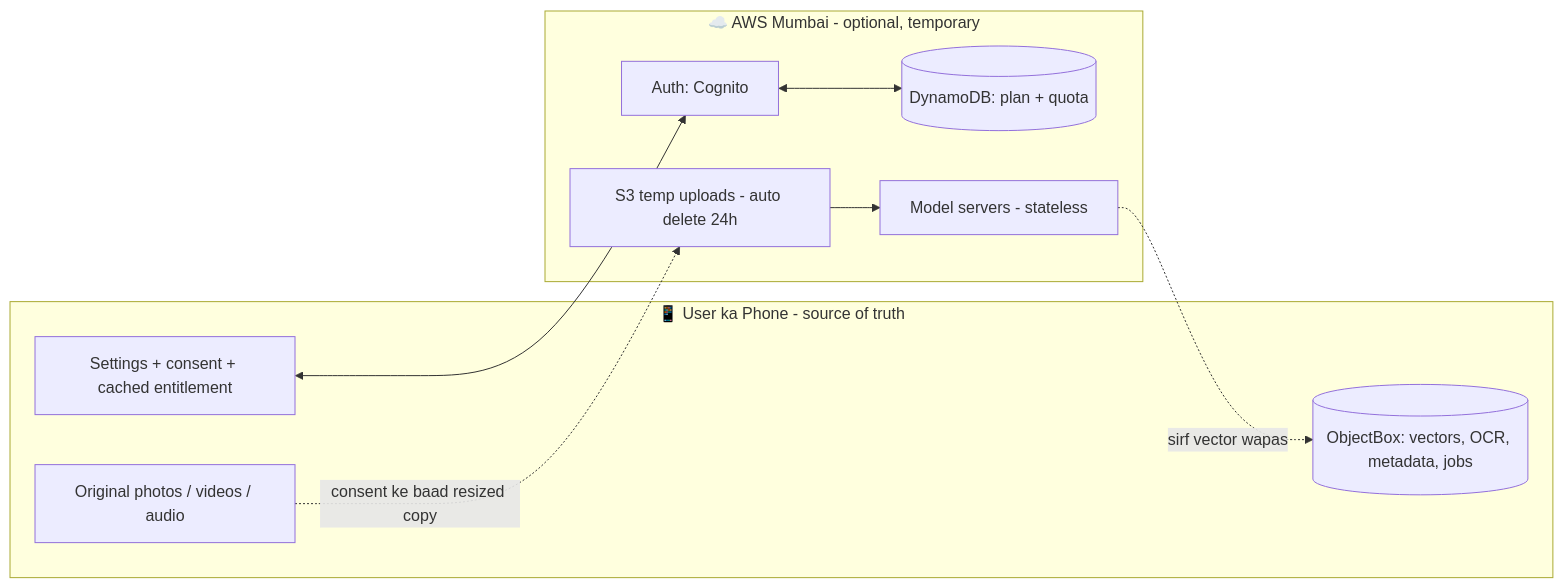
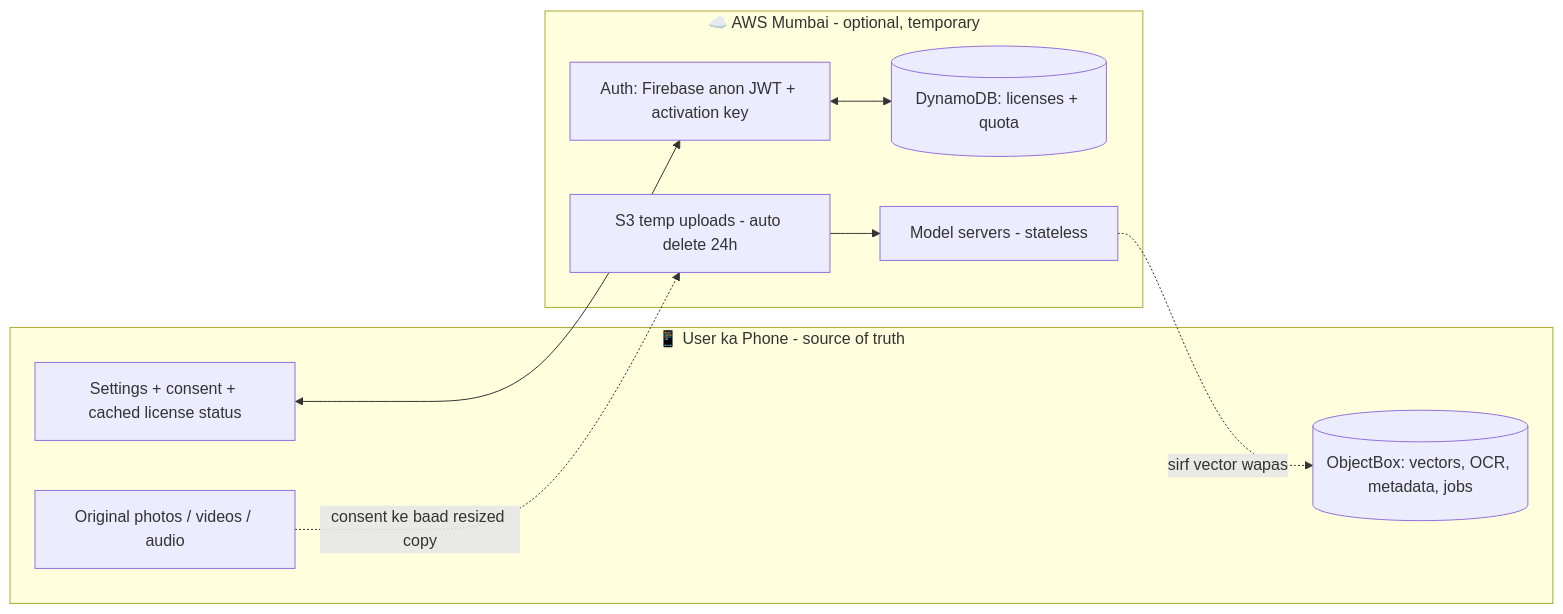
One commit to devxjitin/khojo-ai changed the second of 12 diagrams in docs/Khojo_AI_Final_Blueprint_v2.2.md. Above: the diagram before and after it, drawn with Mermaid. The commit also changed other lines of this file and 5 other files, not shown here.

````diff
--- a/docs/Khojo_AI_Final_Blueprint_v2.2.md
+++ b/docs/Khojo_AI_Final_Blueprint_v2.2.md
@@ -317,19 +319,19 @@
 ```mermaid
 flowchart LR
   subgraph PHONE[📱 User ka Phone - source of truth]
     F[Original photos / videos / audio]
     DB[(ObjectBox: vectors, OCR, metadata, jobs)]
-    S[Settings + consent + cached entitlement]
+    S[Settings + consent + cached license status]
   end
   subgraph AWS[☁️ AWS Mumbai - optional, temporary]
-    A[Auth: Cognito]
-    E[(DynamoDB: plan + quota)]
+    A[Auth: Firebase anon JWT + activation key]
+    E[(DynamoDB: licenses + quota)]
     T[S3 temp uploads - auto delete 24h]
     M[Model servers - stateless]
   end
   F -. consent ke baad resized copy .-> T
   T --> M
   M -. sirf vector wapas .-> DB
   S <--> A
   A <--> E
 ```
````
